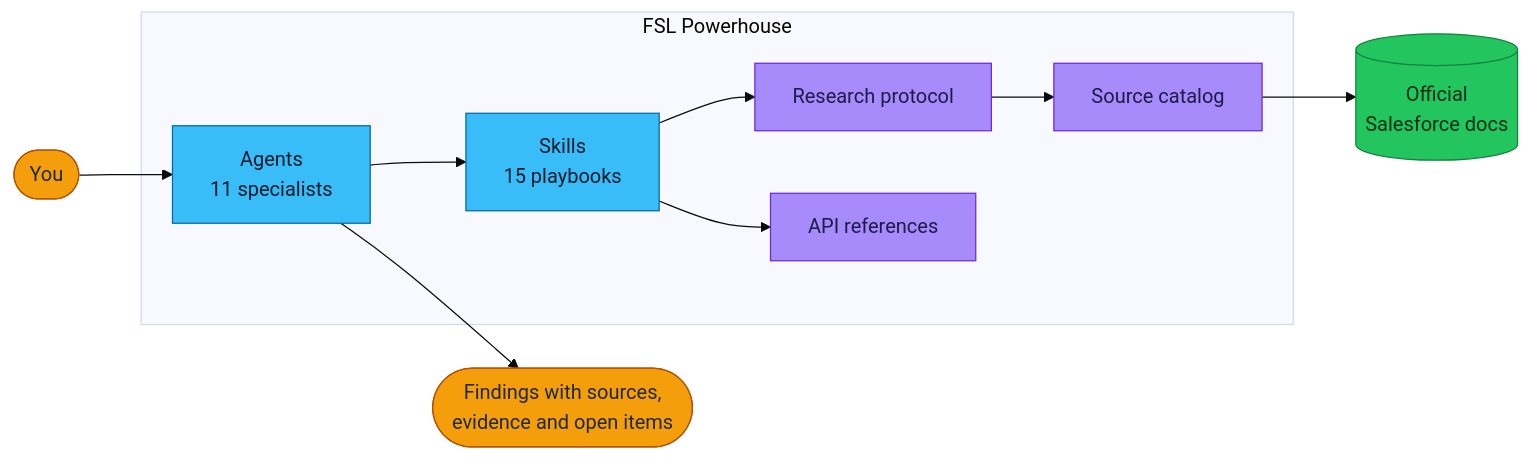
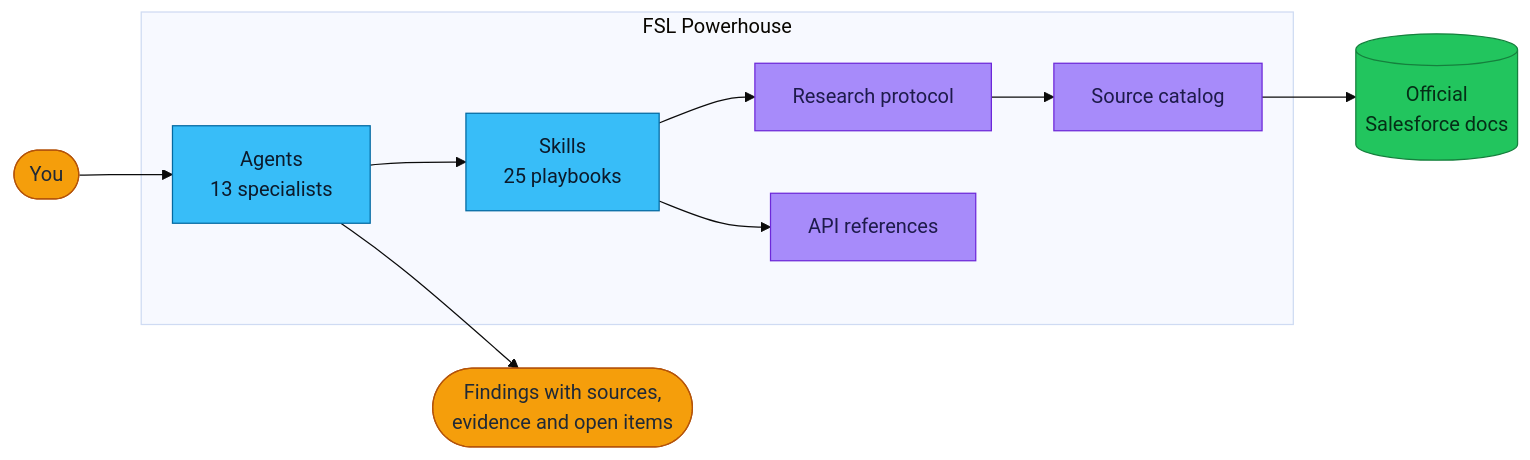
The diagram in README.md (Hcision/fsl-powerhouse), drawn with Mermaid (base theme) before and after one commit. The commit also changed other lines of this file and 54 other files, not shown here.

````diff
--- a/README.md
+++ b/README.md
@@ -71,21 +71,21 @@
 ```mermaid
 flowchart LR
     U([You]) --> A
     subgraph Plugin [FSL Powerhouse]
-        A[Agents<br/>11 specialists] --> S[Skills<br/>15 playbooks]
+        A[Agents<br/>13 specialists] --> S[Skills<br/>25 playbooks]
         S --> P[Research protocol]
         S --> R[API references]
         P --> C[Source catalog]
     end
     C --> D[(Official<br/>Salesforce docs)]
     A --> F([Findings with sources,<br/>evidence and open items])
 
     classDef you fill:#f59e0b,stroke:#b45309,color:#1f2937
     classDef core fill:#38bdf8,stroke:#0369a1,color:#0c1a2b
     classDef know fill:#a78bfa,stroke:#6d28d9,color:#1e1b4b
     classDef docs fill:#22c55e,stroke:#15803d,color:#052e16
     class U,F you
     class A,S core
     class P,R,C know
     class D docs
 ```
````
